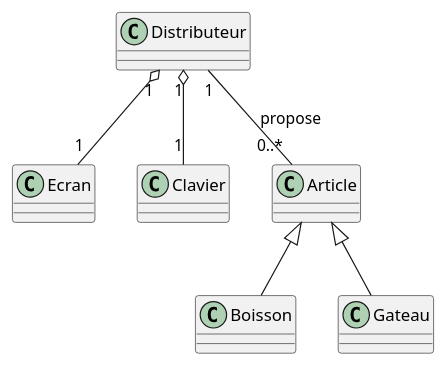
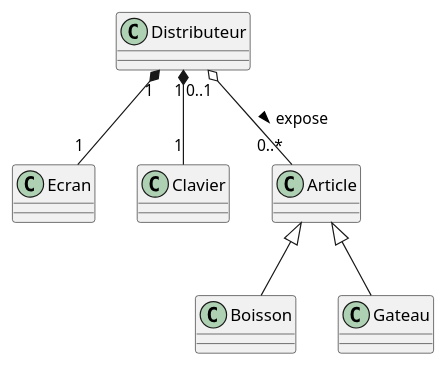
One commit to sebcourtois/cda-exos-uml-diagrams changed the diagram in class_diagrams/09.puml. Above: the diagram before and after it, drawn with PlantUML. The commit also changed 5 other files, not shown here.

```diff
--- a/class_diagrams/09.puml
+++ b/class_diagrams/09.puml
@@ -5,17 +5,17 @@
 @startuml
 'skinparam groupInheritance 3
 class Distributeur
 class Ecran
 class Clavier
 class Article
 class Boisson
 class Gateau
 
 Article <|-- Boisson
 Article <|-- Gateau
 
-Distributeur "1" o-- "1" Ecran
-Distributeur "1" o-- "1" Clavier
-Distributeur "1" -- "0..*" Article: propose
+Distributeur "1" *-- "1" Ecran
+Distributeur "1" *-- "1" Clavier
+Distributeur "0..1" o-- "0..*" Article: expose >
 
 @enduml
```
